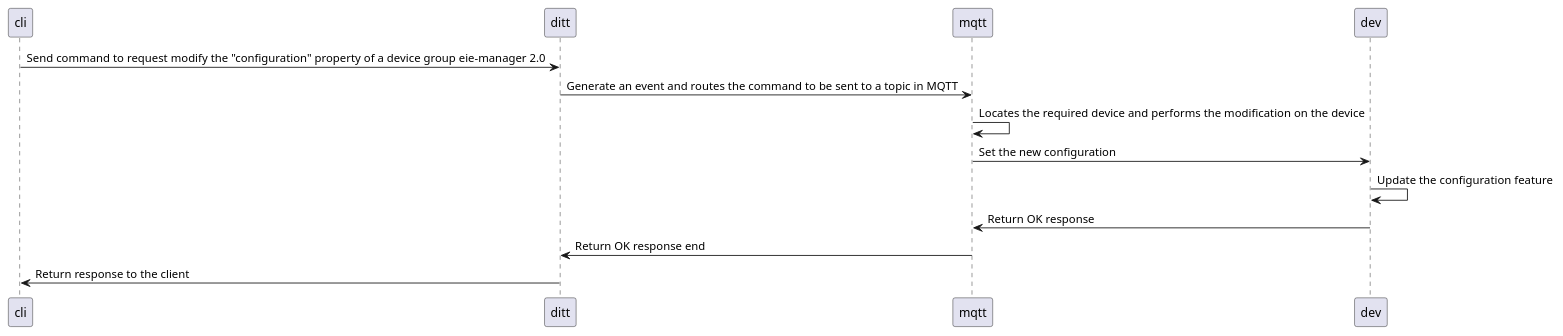
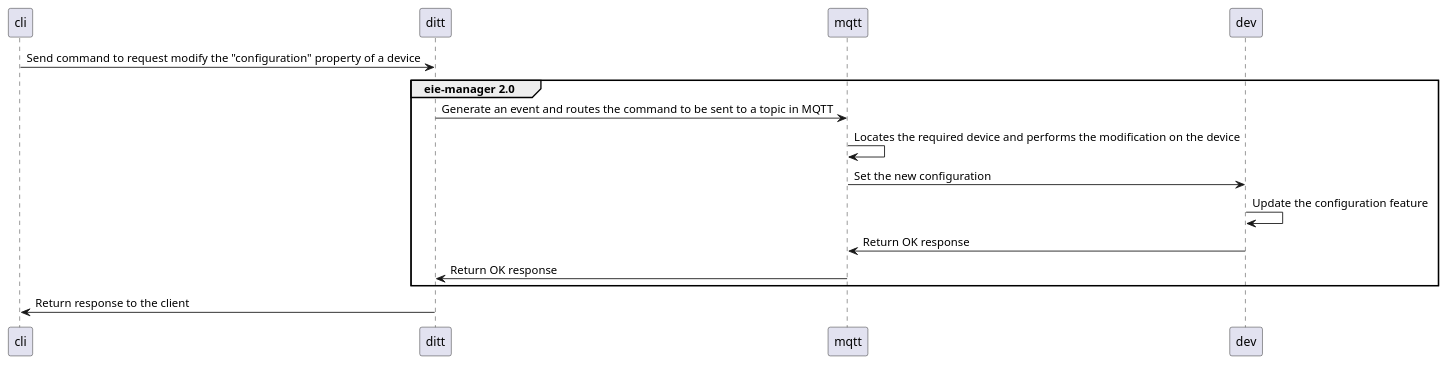
The first of 3 diagrams in docs/source/Proyecto/ProyectoFinal/ProyectoFinal.rst (robz25/ie0417-dev), drawn with PlantUML before and after one commit.

```diff
--- a/docs/source/Proyecto/ProyectoFinal/ProyectoFinal.rst
+++ b/docs/source/Proyecto/ProyectoFinal/ProyectoFinal.rst
@@ -108,20 +108,22 @@
 .. uml::
 
 
   @startuml
 
   /'actor Client as cli
   entity Ditto as ditt
   entity MQTT Broker as mqtt
   entity eie-device as dev '/
 
-  cli -> ditt: Send command to request modify the "configuration" property of a device group eie-manager 2.0 
+  cli -> ditt: Send command to request modify the "configuration" property of a device 
+  group eie-manager 2.0 
   ditt -> mqtt: Generate an event and routes the command to be sent to a topic in MQTT
   mqtt -> mqtt: Locates the required device and performs the modification on the device
   mqtt -> dev: Set the new configuration 
   dev -> dev: Update the configuration feature
   mqtt <- dev : Return OK response 
-  ditt <- mqtt: Return OK response end
+  ditt <- mqtt: Return OK response 
+  end
   cli <- ditt: Return response to the client
 
   @enduml
```
